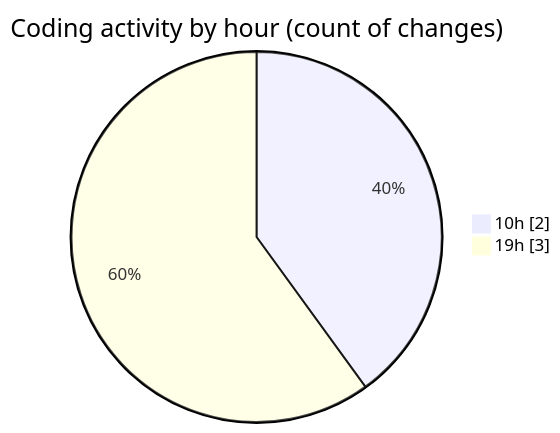
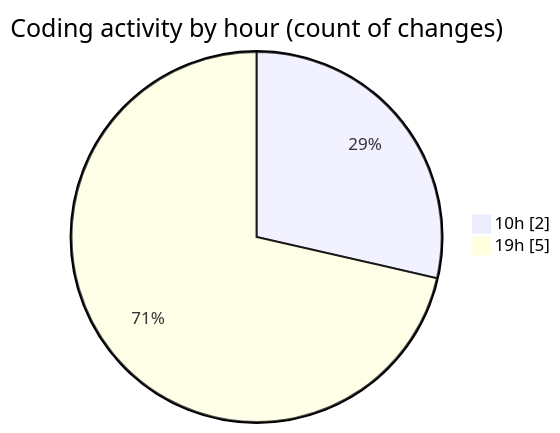
Before and after one commit to MatusMokan/code-tracking: the second of 2 diagrams in 2025-05-04/myws__workspace_/README.md, drawn with Mermaid. The commit also changed other lines of this file and 1 other file, not shown here.

````diff
--- a/2025-05-04/myws__workspace_/README.md
+++ b/2025-05-04/myws__workspace_/README.md
@@ -30,6 +31,6 @@
 ```mermaid
 pie showData
 title Coding activity by hour (count of changes)
 "10h" : 2
-"19h" : 3
+"19h" : 5
 ```
````
